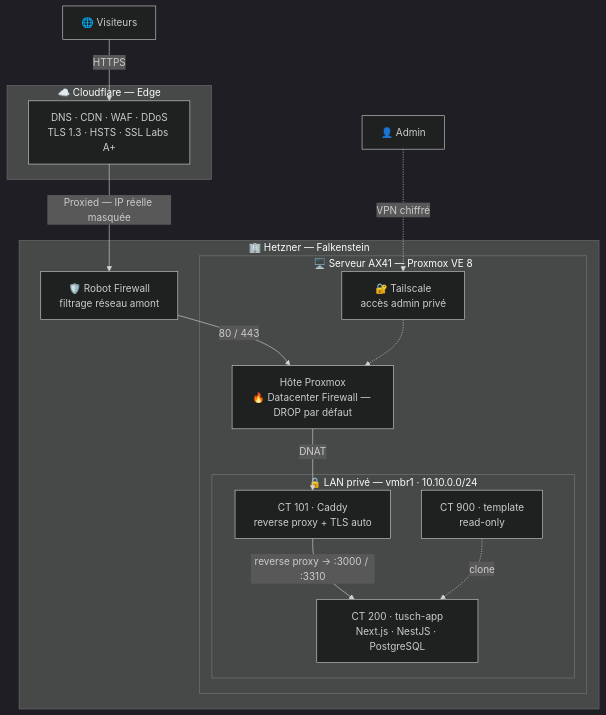
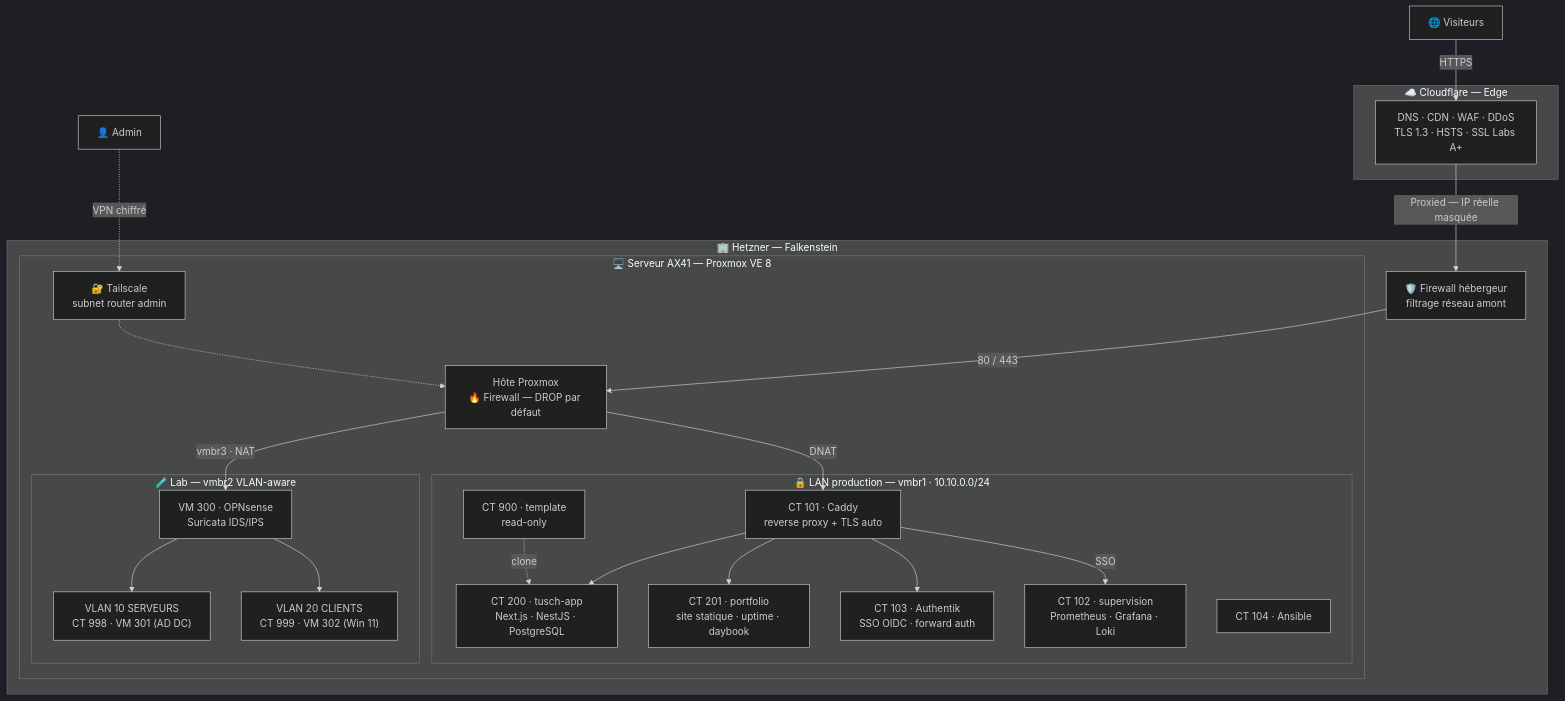
The diagram in README.md (darkhaa1/tusch-infra), drawn with Mermaid (dark theme) before and after one commit. The commit also changed other lines of this file and 22 other files, not shown here.

````diff
--- a/README.md
+++ b/README.md
@@ -30,31 +30,47 @@
 ```mermaid
 flowchart TD
     U["🌐 Visiteurs"] -->|HTTPS| CF
     A["👤 Admin"] -.->|VPN chiffré| TS
 
     subgraph EDGE["☁️ Cloudflare — Edge"]
         CF["DNS · CDN · WAF · DDoS<br/>TLS 1.3 · HSTS · SSL Labs A+"]
     end
 
     subgraph DC["🏢 Hetzner — Falkenstein"]
-        HFW["🛡️ Robot Firewall<br/>filtrage réseau amont"]
+        HFW["🛡️ Firewall hébergeur<br/>filtrage réseau amont"]
 
         subgraph PVE["🖥️ Serveur AX41 — Proxmox VE 8"]
-            HOST["Hôte Proxmox<br/>🔥 Datacenter Firewall — DROP par défaut"]
-            TS["🔐 Tailscale<br/>accès admin privé"]
+            HOST["Hôte Proxmox<br/>🔥 Firewall — DROP par défaut"]
+            TS["🔐 Tailscale<br/>subnet router admin"]
 
-            subgraph LAN["🔒 LAN privé — vmbr1 · 10.10.0.0/24"]
+            subgraph LAN["🔒 LAN production — vmbr1 · 10.10.0.0/24"]
                 CADDY["CT 101 · Caddy<br/>reverse proxy + TLS auto"]
                 APP["CT 200 · tusch-app<br/>Next.js · NestJS · PostgreSQL"]
+                PORT["CT 201 · portfolio<br/>site statique · uptime · daybook"]
+                AUTH["CT 103 · Authentik<br/>SSO OIDC · forward auth"]
+                MON["CT 102 · supervision<br/>Prometheus · Grafana · Loki"]
+                ANS["CT 104 · Ansible"]
                 TPL["CT 900 · template<br/>read-only"]
+            end
+
+            subgraph LAB["🧪 Lab — vmbr2 VLAN-aware"]
+                OPN["VM 300 · OPNsense<br/>Suricata IDS/IPS"]
+                V10["VLAN 10 SERVEURS<br/>CT 998 · VM 301 (AD DC)"]
+                V20["VLAN 20 CLIENTS<br/>CT 999 · VM 302 (Win 11)"]
             end
         end
     end
 
     CF -->|"Proxied — IP réelle masquée"| HFW
     HFW -->|"80 / 443"| HOST
     HOST -->|"DNAT"| CADDY
-    CADDY -->|"reverse proxy → :3000 / :3310"| APP
+    CADDY --> APP
+    CADDY --> PORT
+    CADDY --> AUTH
+    CADDY -->|"SSO"| MON
     TS -.-> HOST
     TPL -.->|"clone"| APP
+    HOST -->|"vmbr3 · NAT"| OPN
+    OPN --> V10
+    OPN --> V20
 ```
````
